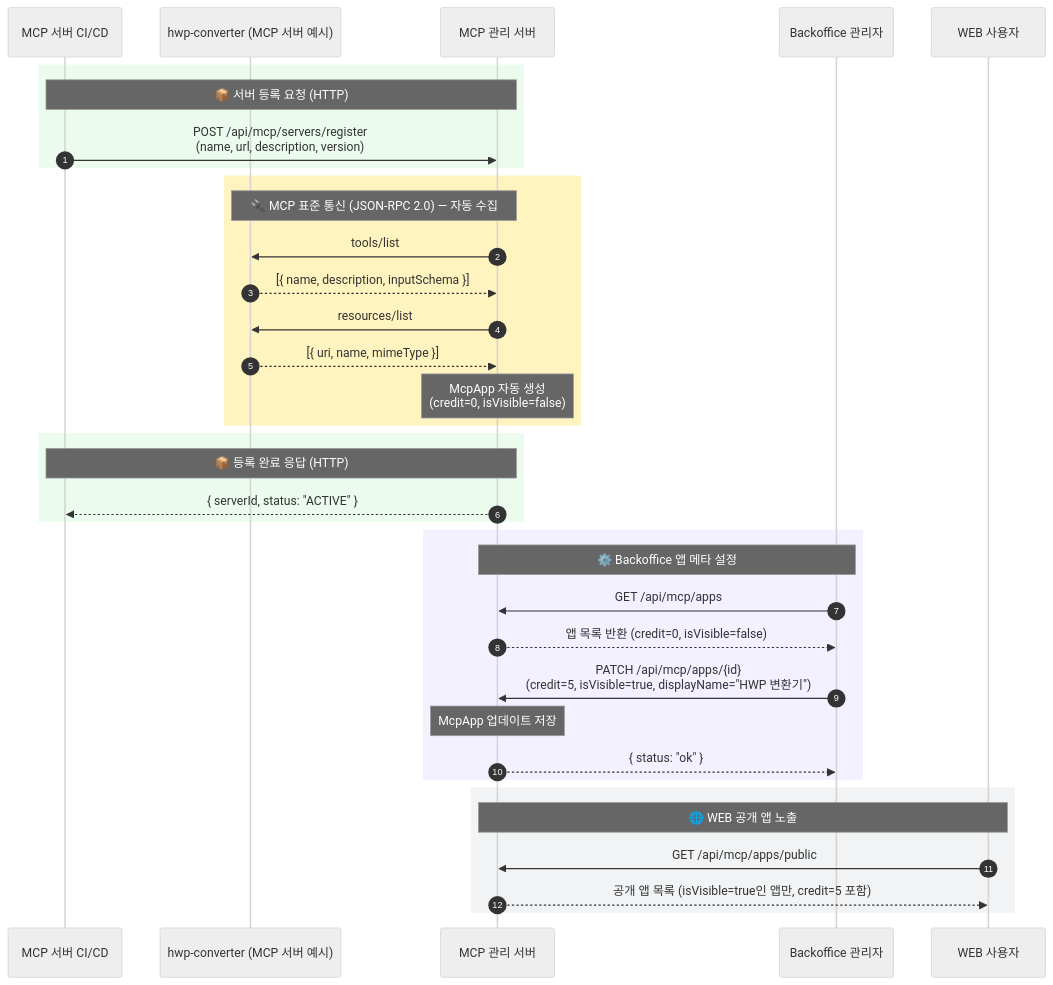
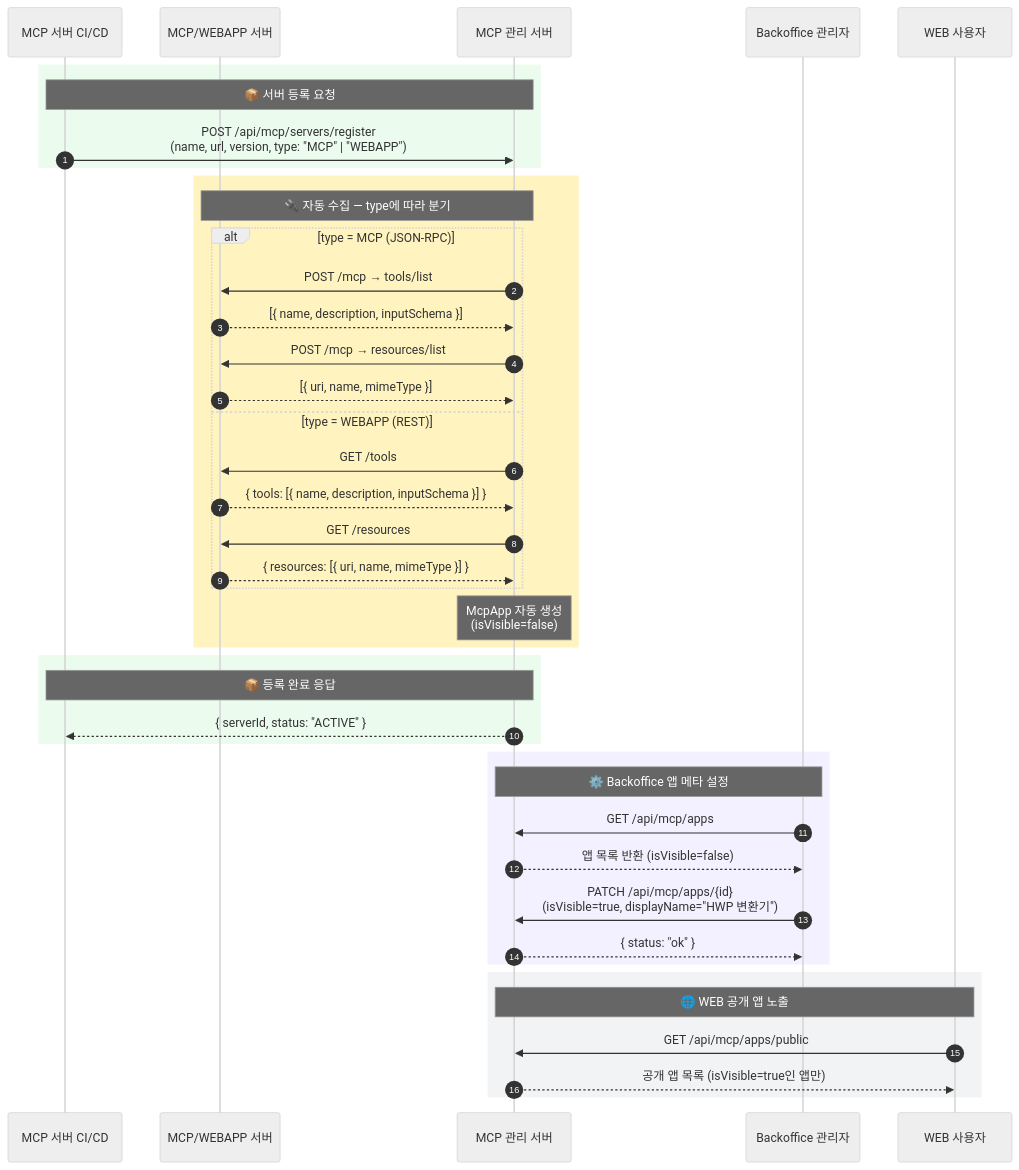
One commit to theo-s-park/POC_MCP_Ochestrator changed the first of 3 diagrams in docs/img/sequence-diagram.md. Above: the diagram before and after it, drawn with Mermaid (neutral theme). The commit also changed other lines of this file, not shown here.

First line of the commit message:
docs: 시퀀스 다이어그램 업데이트 — WEBAPP 분기 및 credit 주입 흐름 반영

````diff
--- a/docs/img/sequence-diagram.md
+++ b/docs/img/sequence-diagram.md
@@ -7,43 +7,49 @@
 ```mermaid
 sequenceDiagram
     autonumber
     participant CICD as MCP 서버 CI/CD
-    participant HWP  as hwp-converter (MCP 서버 예시)
+    participant SRV  as MCP/WEBAPP 서버
     participant MCP  as MCP 관리 서버
     participant BO   as Backoffice 관리자
     participant WEB  as WEB 사용자
 
     rect rgb(235, 251, 238)
-        note over CICD,MCP: 📦 서버 등록 요청 (HTTP)
-        CICD->>MCP: POST /api/mcp/servers/register<br/>(name, url, description, version)
+        note over CICD,MCP: 📦 서버 등록 요청
+        CICD->>MCP: POST /api/mcp/servers/register<br/>(name, url, version, type: "MCP" | "WEBAPP")
     end
 
     rect rgb(255, 243, 191)
-        note over MCP,HWP: 🔌 MCP 표준 통신 (JSON-RPC 2.0) — 자동 수집
-        MCP->>HWP: tools/list
-        HWP-->>MCP: [{ name, description, inputSchema }]
-        MCP->>HWP: resources/list
-        HWP-->>MCP: [{ uri, name, mimeType }]
-        note over MCP: McpApp 자동 생성<br/>(credit=0, isVisible=false)
+        note over MCP,SRV: 🔌 자동 수집 — type에 따라 분기
+        alt type = MCP (JSON-RPC)
+            MCP->>SRV: POST /mcp → tools/list
+            SRV-->>MCP: [{ name, description, inputSchema }]
+            MCP->>SRV: POST /mcp → resources/list
+            SRV-->>MCP: [{ uri, name, mimeType }]
+        else type = WEBAPP (REST)
+            MCP->>SRV: GET /tools
+            SRV-->>MCP: { tools: [{ name, description, inputSchema }] }
+            MCP->>SRV: GET /resources
+            SRV-->>MCP: { resources: [{ uri, name, mimeType }] }
+        end
+        note over MCP: McpApp 자동 생성<br/>(isVisible=false)
     end
 
     rect rgb(235, 251, 238)
-        note over CICD,MCP: 📦 등록 완료 응답 (HTTP)
+        note over CICD,MCP: 📦 등록 완료 응답
         MCP-->>CICD: { serverId, status: "ACTIVE" }
     end
 
     rect rgb(243, 240, 255)
         note over MCP,BO: ⚙️ Backoffice 앱 메타 설정
         BO->>MCP: GET /api/mcp/apps
-        MCP-->>BO: 앱 목록 반환 (credit=0, isVisible=false)
-        BO->>MCP: PATCH /api/mcp/apps/{id}<br/>(credit=5, isVisible=true, displayName="HWP 변환기")
-        note over MCP: McpApp 업데이트 저장
+        MCP-->>BO: 앱 목록 반환 (isVisible=false)
+        BO->>MCP: PATCH /api/mcp/apps/{id}<br/>(isVisible=true, displayName="HWP 변환기")
         MCP-->>BO: { status: "ok" }
     end
 
     rect rgb(241, 243, 245)
         note over MCP,WEB: 🌐 WEB 공개 앱 노출
         WEB->>MCP: GET /api/mcp/apps/public
-        MCP-->>WEB: 공개 앱 목록 (isVisible=true인 앱만, credit=5 포함)
+        MCP-->>WEB: 공개 앱 목록 (isVisible=true인 앱만)
     end
 ```
````
